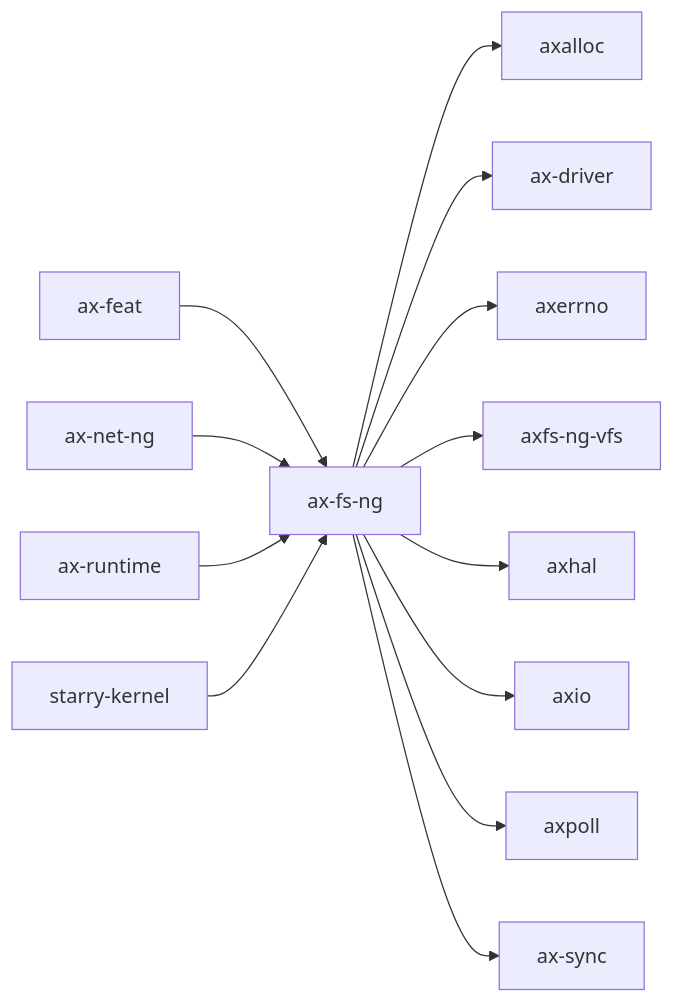
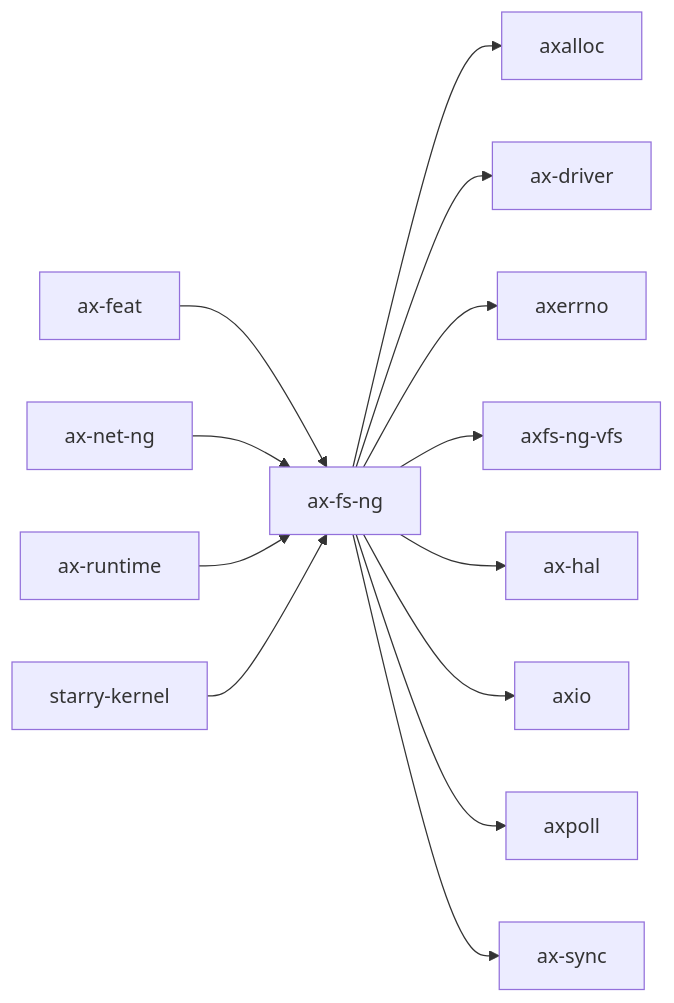
The diagram in docs/crates/ax-fs-ng.md (zKurisu/tgoskits), drawn with Mermaid before and after one commit. The commit also changed other lines of this file and 158 other files, not shown here.

Commit message:
rename axhal to ax-hal

````diff
--- a/docs/crates/ax-fs-ng.md
+++ b/docs/crates/ax-fs-ng.md
@@ -32,16 +32,16 @@
 ```mermaid
 graph LR
     current["ax-fs-ng"]
     current --> axalloc["axalloc"]
     current --> ax-driver["ax-driver"]
     current --> axerrno["axerrno"]
     current --> axfs_ng_vfs["axfs-ng-vfs"]
-    current --> axhal["axhal"]
+    current --> ax-hal["ax-hal"]
     current --> axio["axio"]
     current --> axpoll["axpoll"]
     current --> ax-sync["ax-sync"]
     ax_feat["ax-feat"] --> current
     ax_net_ng["ax-net-ng"] --> current
     ax_runtime["ax-runtime"] --> current
     starry_kernel["starry-kernel"] --> current
 ```
````
